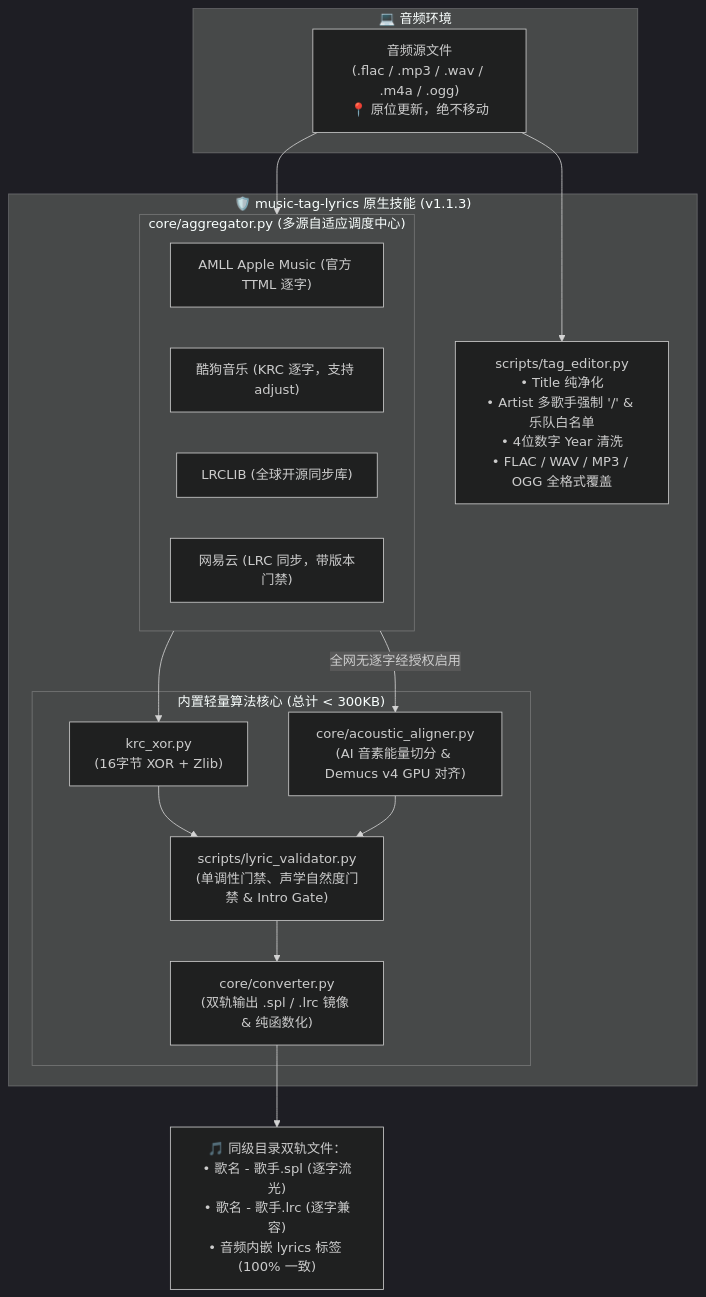
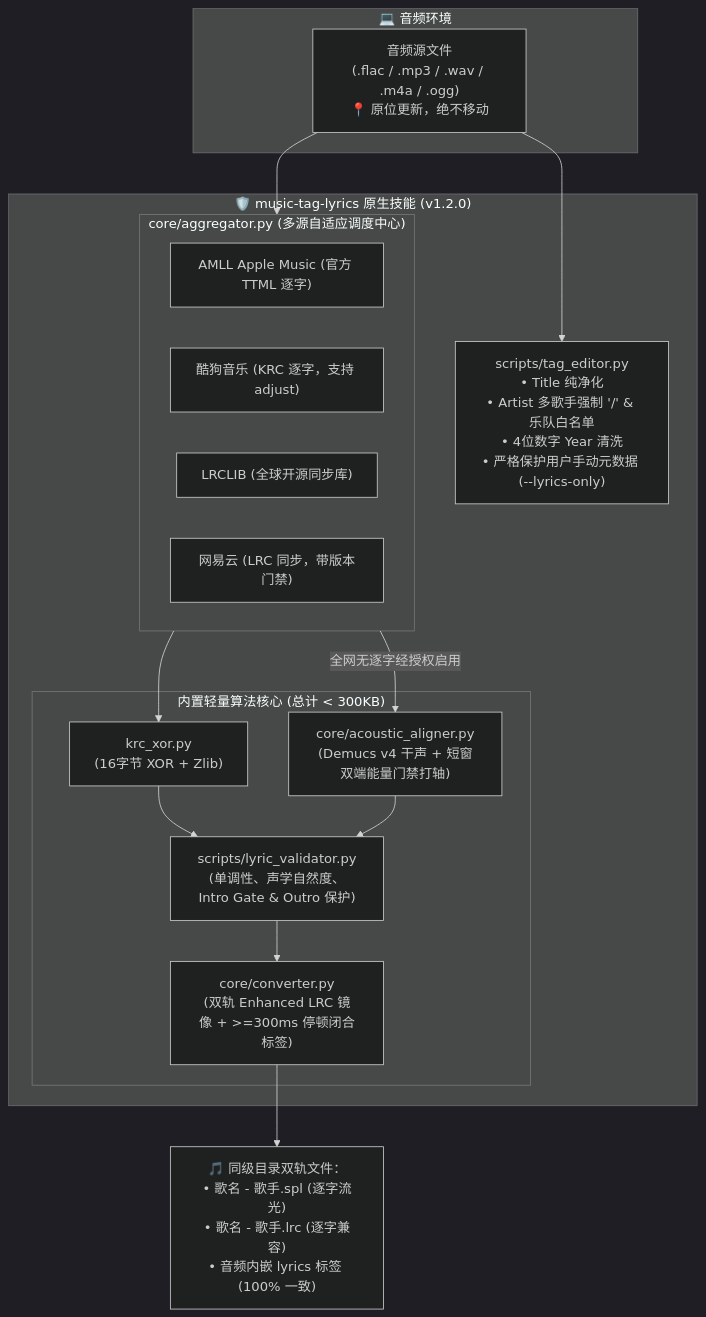
The first of 2 diagrams in README.md (sxsxhhi/music-tag-lyrics), drawn with Mermaid (dark theme) before and after one commit. The commit also changed other lines of this file and 4 other files, not shown here.

Commit message:
feat(core): v1.2.0 upgrade - Demucs v4 acoustic aligner, dual-ended energy gates, pause gap tags, and absolute red-line guard against blind ASR transcription

````diff
--- a/README.md
+++ b/README.md
@@ -52,33 +53,33 @@
 ```mermaid
 flowchart TD
     subgraph HostEnv["💻 音频环境"]
         AudioFile["音频源文件<br/>(.flac / .mp3 / .wav / .m4a / .ogg)<br/>📍 原位更新，绝不移动"]
     end
 
-    subgraph NativeSkill["🛡️ music-tag-lyrics 原生技能 (v1.1.3)"]
-        TagEditor["scripts/tag_editor.py<br/>• Title 纯净化<br/>• Artist 多歌手强制 '/' & 乐队白名单<br/>• 4位数字 Year 清洗<br/>• FLAC / WAV / MP3 / OGG 全格式覆盖"]
+    subgraph NativeSkill["🛡️ music-tag-lyrics 原生技能 (v1.2.0)"]
+        TagEditor["scripts/tag_editor.py<br/>• Title 纯净化<br/>• Artist 多歌手强制 '/' & 乐队白名单<br/>• 4位数字 Year 清洗<br/>• 严格保护用户手动元数据 (--lyrics-only)"]
         
         subgraph Aggregator["core/aggregator.py (多源自适应调度中心)"]
             F_AMLL["AMLL Apple Music (官方 TTML 逐字)"]
             F_KG["酷狗音乐 (KRC 逐字，支持 adjust)"]
             F_LRC["LRCLIB (全球开源同步库)"]
             F_NE["网易云 (LRC 同步，带版本门禁)"]
         end
 
         subgraph CoreEngine["内置轻量算法核心 (总计 < 300KB)"]
             D_XOR["krc_xor.py<br/>(16字节 XOR + Zlib)"]
-            Acoustic["core/acoustic_aligner.py<br/>(AI 音素能量切分 & Demucs v4 GPU 对齐)"]
-            Validator["scripts/lyric_validator.py<br/>(单调性门禁、声学自然度门禁 & Intro Gate)"]
-            Converter["core/converter.py<br/>(双轨输出 .spl / .lrc 镜像 & 纯函数化)"]
+            Acoustic["core/acoustic_aligner.py<br/>(Demucs v4 干声 + 短窗双端能量门禁打轴)"]
+            Validator["scripts/lyric_validator.py<br/>(单调性、声学自然度、Intro Gate & Outro 保护)"]
+            Converter["core/converter.py<br/>(双轨 Enhanced LRC 镜像 + >=300ms 停顿闭合标签)"]
         end
     end
 
     AudioFile --> TagEditor
     AudioFile --> Aggregator
     Aggregator --> D_XOR
     Aggregator -->|全网无逐字经授权启用| Acoustic
     D_XOR --> Validator
     Acoustic --> Validator
     Validator --> Converter
     Converter --> OutputFiles["🎵 同级目录双轨文件：<br/>• 歌名 - 歌手.spl (逐字流光)<br/>• 歌名 - 歌手.lrc (逐字兼容)<br/>• 音频内嵌 lyrics 标签 (100% 一致)"]
 ```
````
